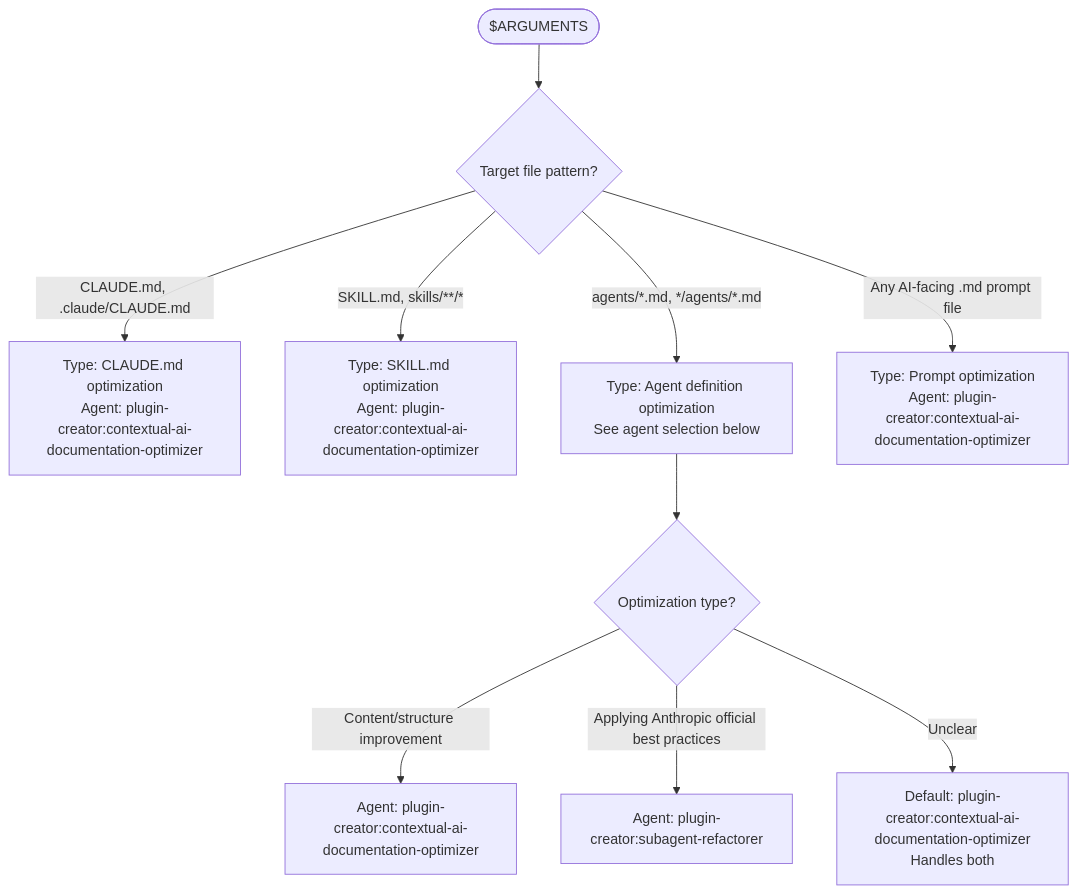
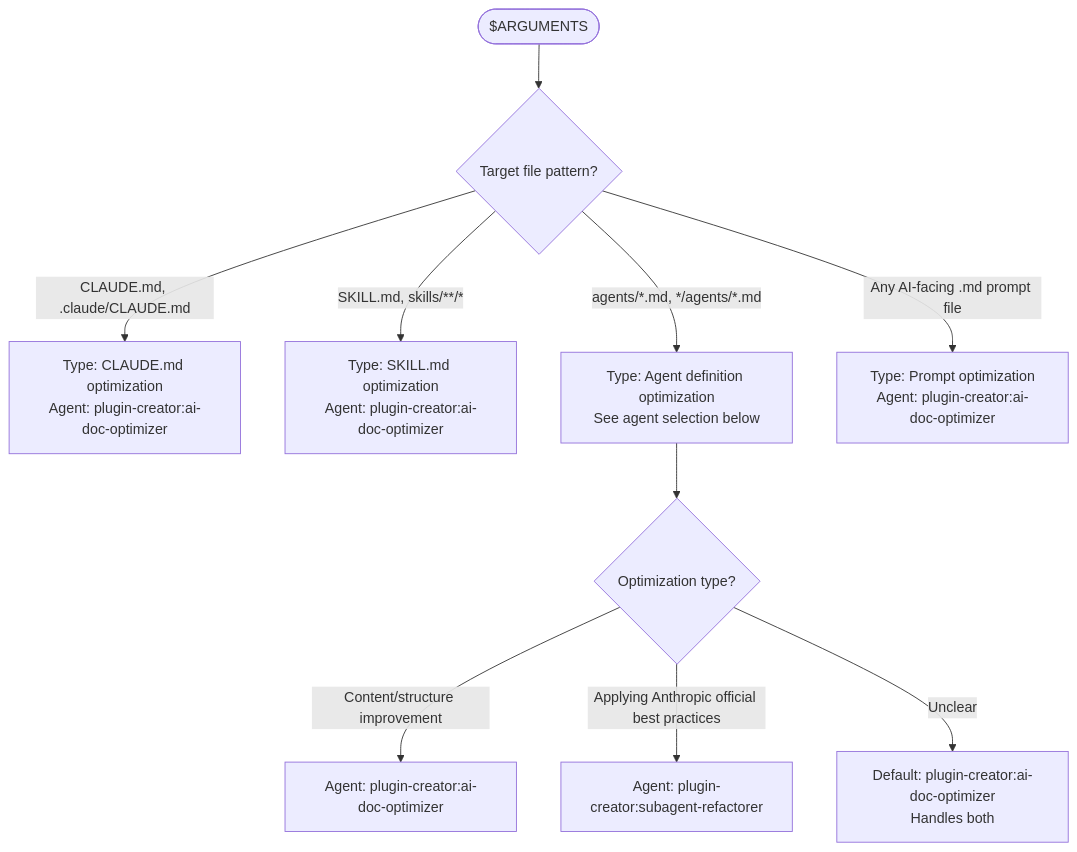
One commit to chgreer1070/claude_skills changed the first of 2 diagrams in plugins/the-rewrite-room/the-rewrite-room/workflows/optimize.md. Above: the diagram before and after it, drawn with Mermaid. The commit also changed other lines of this file and 13 other files, not shown here.

First line of the commit message:
feat(plugin-creator): Wave A — split contextual-ai-documentation-optimizer into 3 focused agents

````diff
--- a/plugins/the-rewrite-room/the-rewrite-room/workflows/optimize.md
+++ b/plugins/the-rewrite-room/the-rewrite-room/workflows/optimize.md
@@ -16,12 +16,12 @@
 ```mermaid
 flowchart TD
     Start([$ARGUMENTS]) --> Q{Target file pattern?}
-    Q -->|"CLAUDE.md, .claude/CLAUDE.md"| CLAUDEmd[Type: CLAUDE.md optimization\nAgent: plugin-creator:contextual-ai-documentation-optimizer]
-    Q -->|"SKILL.md, skills/**/*"| SKILLmd[Type: SKILL.md optimization\nAgent: plugin-creator:contextual-ai-documentation-optimizer]
+    Q -->|"CLAUDE.md, .claude/CLAUDE.md"| CLAUDEmd[Type: CLAUDE.md optimization\nAgent: plugin-creator:ai-doc-optimizer]
+    Q -->|"SKILL.md, skills/**/*"| SKILLmd[Type: SKILL.md optimization\nAgent: plugin-creator:ai-doc-optimizer]
     Q -->|"agents/*.md, */agents/*.md"| AgentFile[Type: Agent definition optimization\nSee agent selection below]
-    Q -->|"Any AI-facing .md prompt file"| Prompt[Type: Prompt optimization\nAgent: plugin-creator:contextual-ai-documentation-optimizer]
+    Q -->|"Any AI-facing .md prompt file"| Prompt[Type: Prompt optimization\nAgent: plugin-creator:ai-doc-optimizer]
     AgentFile --> AgentQ{Optimization type?}
-    AgentQ -->|"Content/structure improvement"| ContentOpt[Agent: plugin-creator:contextual-ai-documentation-optimizer]
+    AgentQ -->|"Content/structure improvement"| ContentOpt[Agent: plugin-creator:ai-doc-optimizer]
     AgentQ -->|"Applying Anthropic official best practices"| BestPractices[Agent: plugin-creator:subagent-refactorer]
-    AgentQ -->|Unclear| DefaultOpt[Default: plugin-creator:contextual-ai-documentation-optimizer\nHandles both]
+    AgentQ -->|Unclear| DefaultOpt[Default: plugin-creator:ai-doc-optimizer\nHandles both]
 ```
````
